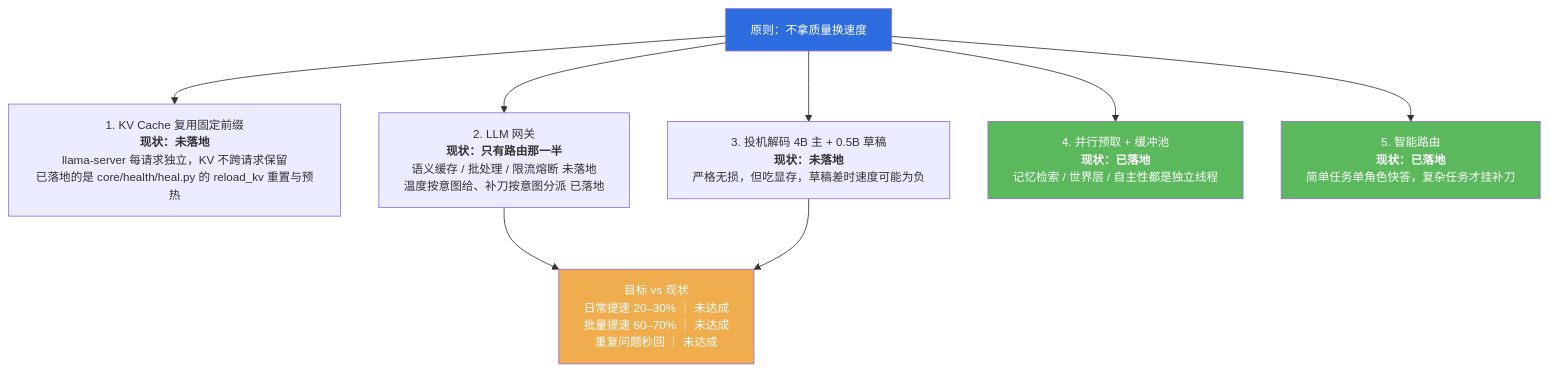
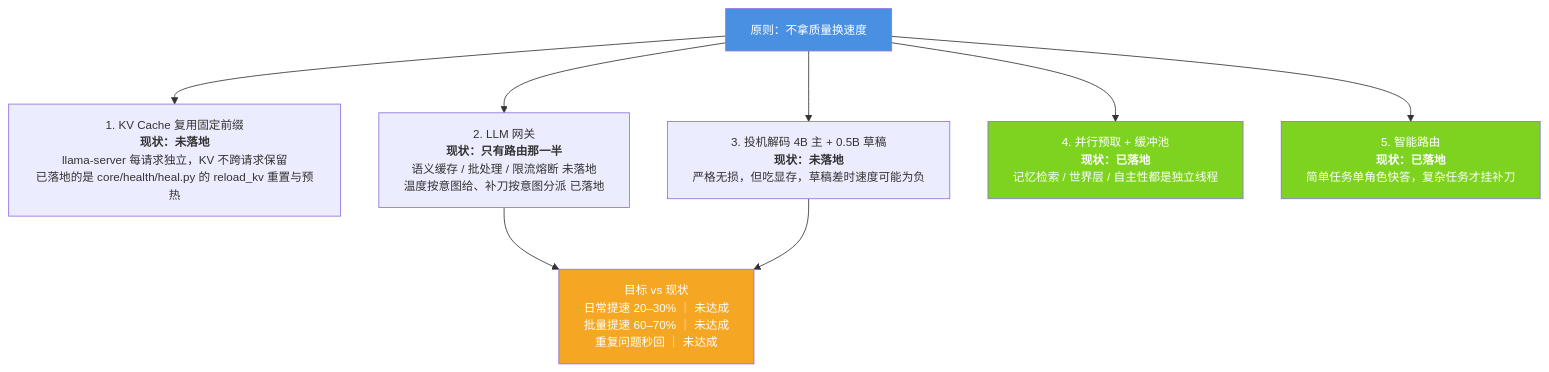
Before and after one commit to jiangchuangege/xiaojiao-harnees: diagram 13 of 20 in docs/architecture-diagrams.md, drawn with Mermaid. The commit also changed other lines of this file and 32 other files, not shown here.

Commit message:
统一：全仓原理图配色到一套调色板 + 给 12 张灰图补色 + 修正自己会睡那张过期图

````diff
--- a/docs/architecture-diagrams.md
+++ b/docs/architecture-diagrams.md
@@ -469,16 +469,16 @@
 ```mermaid
 %%{init: {"themeVariables": {"fontSize": "14px"}, "flowchart": {"htmlLabels": true, "wrappingWidth": 340, "nodeSpacing": 46, "rankSpacing": 64, "useMaxWidth": true}}}%%
 flowchart TB
     R["原则：不拿质量换速度"]
     R --> A["1. KV Cache 复用固定前缀<br/><b>现状：未落地</b><br/>llama-server 每请求独立，KV 不跨请求保留<br/>已落地的是 core/health/heal.py 的 reload_kv 重置与预热"]
     R --> B["2. LLM 网关<br/><b>现状：只有路由那一半</b><br/>语义缓存 / 批处理 / 限流熔断 未落地<br/>温度按意图给、补刀按意图分派 已落地"]
     R --> C["3. 投机解码 4B 主 + 0.5B 草稿<br/><b>现状：未落地</b><br/>严格无损，但吃显存，草稿差时速度可能为负"]
     R --> D["4. 并行预取 + 缓冲池<br/><b>现状：已落地</b><br/>记忆检索 / 世界层 / 自主性都是独立线程"]
     R --> E["5. 智能路由<br/><b>现状：已落地</b><br/>简单任务单角色快答，复杂任务才挂补刀"]
     B --> GAP["目标 vs 现状<br/>日常提速 20–30% ｜ 未达成<br/>批量提速 60–70% ｜ 未达成<br/>重复问题秒回 ｜ 未达成"]
     C --> GAP
-    style R fill:#2d6cdf,color:#fff
-    style D fill:#5cb85c,color:#fff
-    style E fill:#5cb85c,color:#fff
-    style GAP fill:#f0ad4e,color:#fff
+    style R fill:#4A90E2,color:#fff
+    style D fill:#7ED321,color:#fff
+    style E fill:#7ED321,color:#fff
+    style GAP fill:#F5A623,color:#fff
 ```
````
